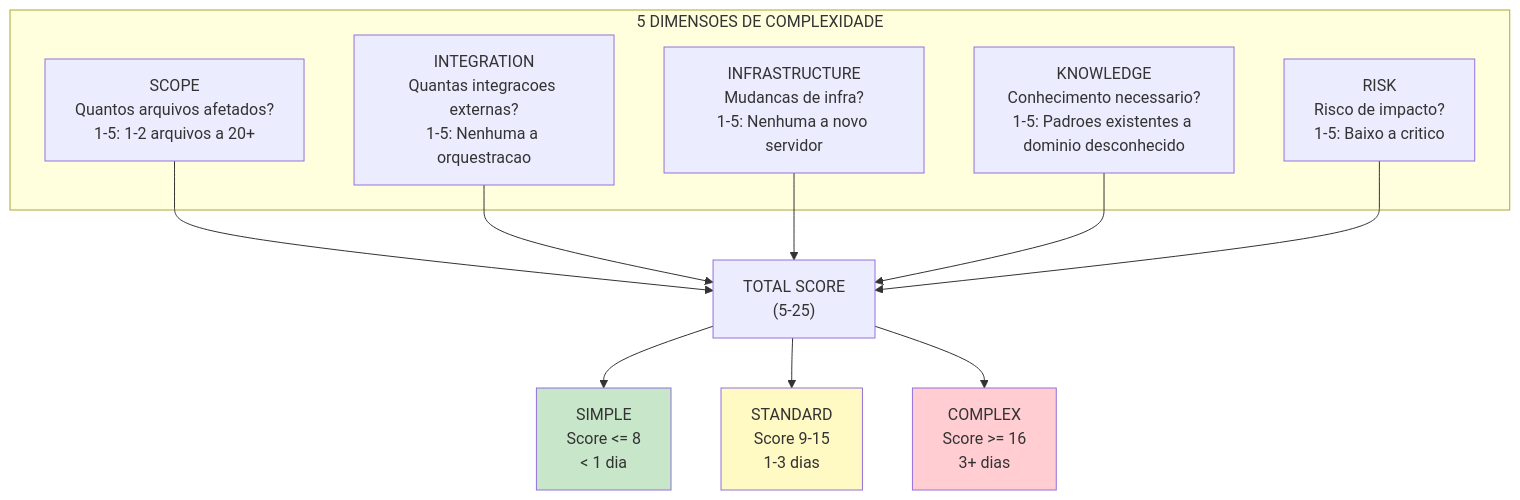
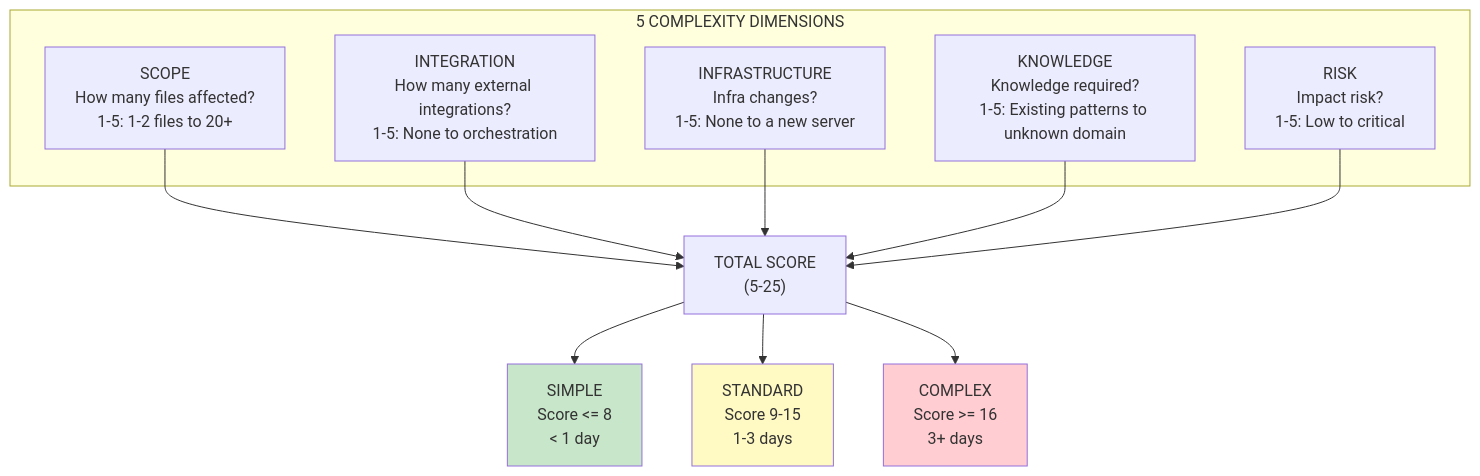
The eighth of 8 diagrams in docs/guides/agents/ARCHITECT-SYSTEM.md (CyryxLabs/AEXOS), drawn with Mermaid before and after one commit. The commit also changed other lines of this file and 528 other files, not shown here.

````diff
--- a/docs/guides/agents/ARCHITECT-SYSTEM.md
+++ b/docs/guides/agents/ARCHITECT-SYSTEM.md
@@ -477,26 +477,26 @@
 ```mermaid
 graph TD
-    subgraph DIMENSIONS["5 DIMENSOES DE COMPLEXIDADE"]
-        SCOPE["SCOPE\nQuantos arquivos afetados?\n1-5: 1-2 arquivos a 20+"]
-        INTEG["INTEGRATION\nQuantas integracoes externas?\n1-5: Nenhuma a orquestracao"]
-        INFRA["INFRASTRUCTURE\nMudancas de infra?\n1-5: Nenhuma a novo servidor"]
-        KNOW["KNOWLEDGE\nConhecimento necessario?\n1-5: Padroes existentes a dominio desconhecido"]
-        RISK["RISK\nRisco de impacto?\n1-5: Baixo a critico"]
+    subgraph DIMENSIONS["5 COMPLEXITY DIMENSIONS"]
+        SCOPE["SCOPE\nHow many files affected?\n1-5: 1-2 files to 20+"]
+        INTEG["INTEGRATION\nHow many external integrations?\n1-5: None to orchestration"]
+        INFRA["INFRASTRUCTURE\nInfra changes?\n1-5: None to a new server"]
+        KNOW["KNOWLEDGE\nKnowledge required?\n1-5: Existing patterns to unknown domain"]
+        RISK["RISK\nImpact risk?\n1-5: Low to critical"]
     end
 
     SCOPE --> TOTAL
     INTEG --> TOTAL
     INFRA --> TOTAL
     KNOW --> TOTAL
     RISK --> TOTAL
 
     TOTAL["TOTAL SCORE\n(5-25)"]
 
-    TOTAL --> SIMPLE["SIMPLE\nScore <= 8\n< 1 dia"]
-    TOTAL --> STANDARD["STANDARD\nScore 9-15\n1-3 dias"]
-    TOTAL --> COMPLEX["COMPLEX\nScore >= 16\n3+ dias"]
+    TOTAL --> SIMPLE["SIMPLE\nScore <= 8\n< 1 day"]
+    TOTAL --> STANDARD["STANDARD\nScore 9-15\n1-3 days"]
+    TOTAL --> COMPLEX["COMPLEX\nScore >= 16\n3+ days"]
 
     style SIMPLE fill:#c8e6c9
     style STANDARD fill:#fff9c4
     style COMPLEX fill:#ffcdd2
 ```
````
